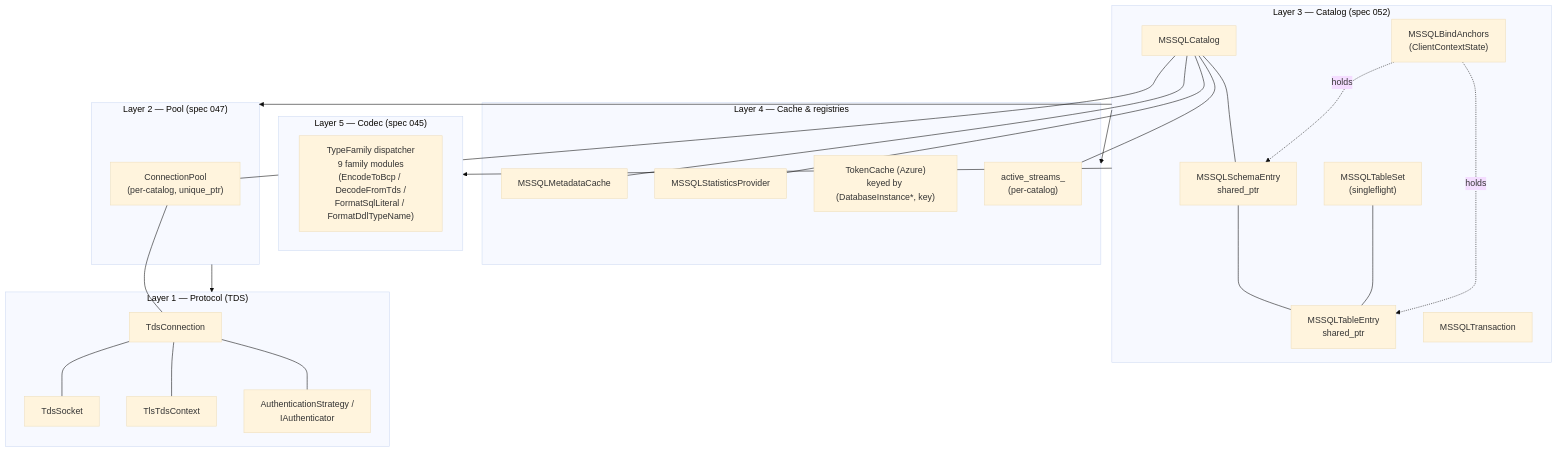
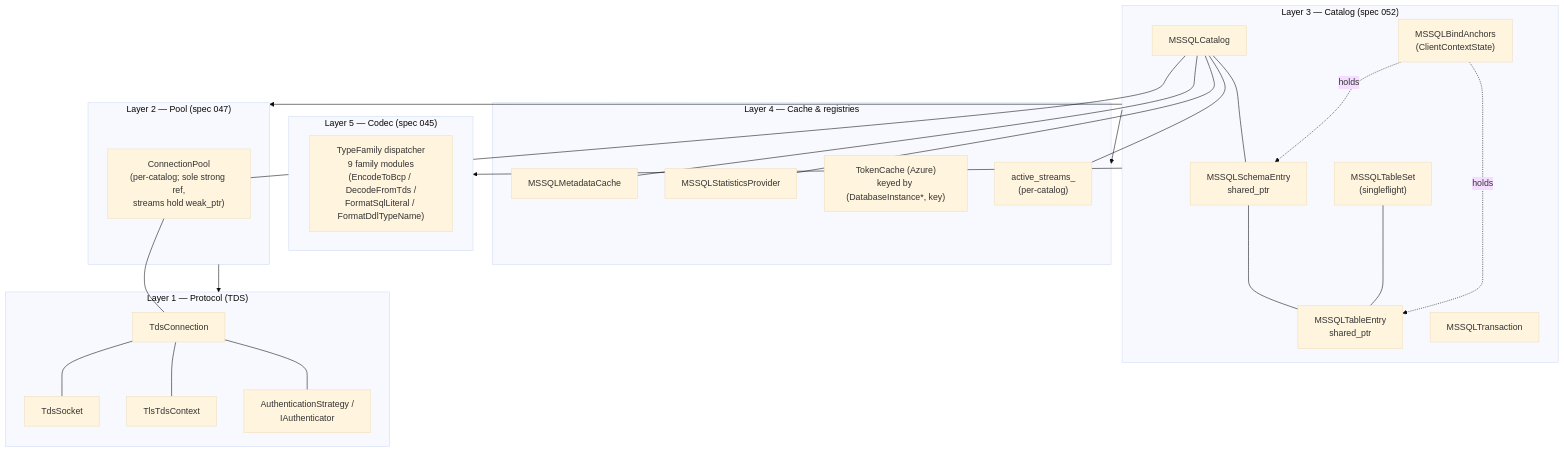
One commit to hugr-lab/mssql-extension changed the first of 11 diagrams in DATAMODEL.md. Above: the diagram before and after it, drawn with Mermaid (base theme). The commit also changed other lines of this file and 37 other files, not shown here.

````diff
--- a/DATAMODEL.md
+++ b/DATAMODEL.md
@@ -13,46 +13,46 @@
 ```mermaid
 flowchart TD
     subgraph L5["Layer 5 — Codec (spec 045)"]
         codec["TypeFamily dispatcher<br/>9 family modules<br/>(EncodeToBcp / DecodeFromTds /<br/>FormatSqlLiteral / FormatDdlTypeName)"]
     end
     subgraph L4["Layer 4 — Cache & registries"]
         meta[MSSQLMetadataCache]
         stats[MSSQLStatisticsProvider]
         token["TokenCache (Azure)<br/>keyed by (DatabaseInstance*, key)"]
         streams["active_streams_<br/>(per-catalog)"]
     end
     subgraph L3["Layer 3 — Catalog (spec 052)"]
         cat[MSSQLCatalog]
         sch["MSSQLSchemaEntry<br/>shared_ptr"]
         tbl["MSSQLTableEntry<br/>shared_ptr"]
         tset["MSSQLTableSet<br/>(singleflight)"]
         anchors["MSSQLBindAnchors<br/>(ClientContextState)"]
         tx[MSSQLTransaction]
     end
     subgraph L2["Layer 2 — Pool (spec 047)"]
-        pool["ConnectionPool<br/>(per-catalog, unique_ptr)"]
+        pool["ConnectionPool<br/>(per-catalog; sole strong ref,<br/>streams hold weak_ptr)"]
     end
     subgraph L1["Layer 1 — Protocol (TDS)"]
         conn[TdsConnection]
         sock[TdsSocket]
         tls[TlsTdsContext]
         auth["AuthenticationStrategy /<br/>IAuthenticator"]
     end
     L3 --> L4
     L3 --> L2
     L3 --> L5
     L2 --> L1
     cat --- pool
     cat --- meta
     cat --- stats
     cat --- streams
     cat --- sch
     sch --- tbl
     tset --- tbl
     anchors -.holds.-> tbl
     anchors -.holds.-> sch
     pool --- conn
     conn --- sock
     conn --- tls
     conn --- auth
 ```
````
